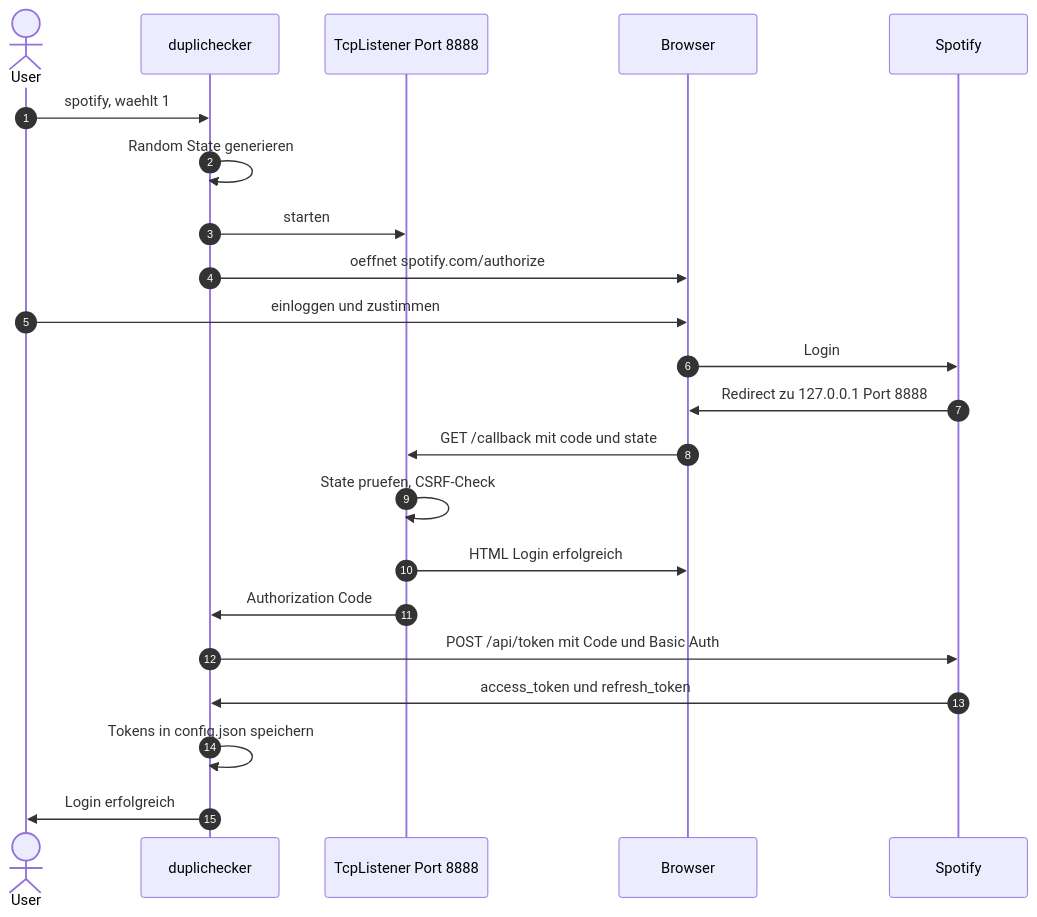
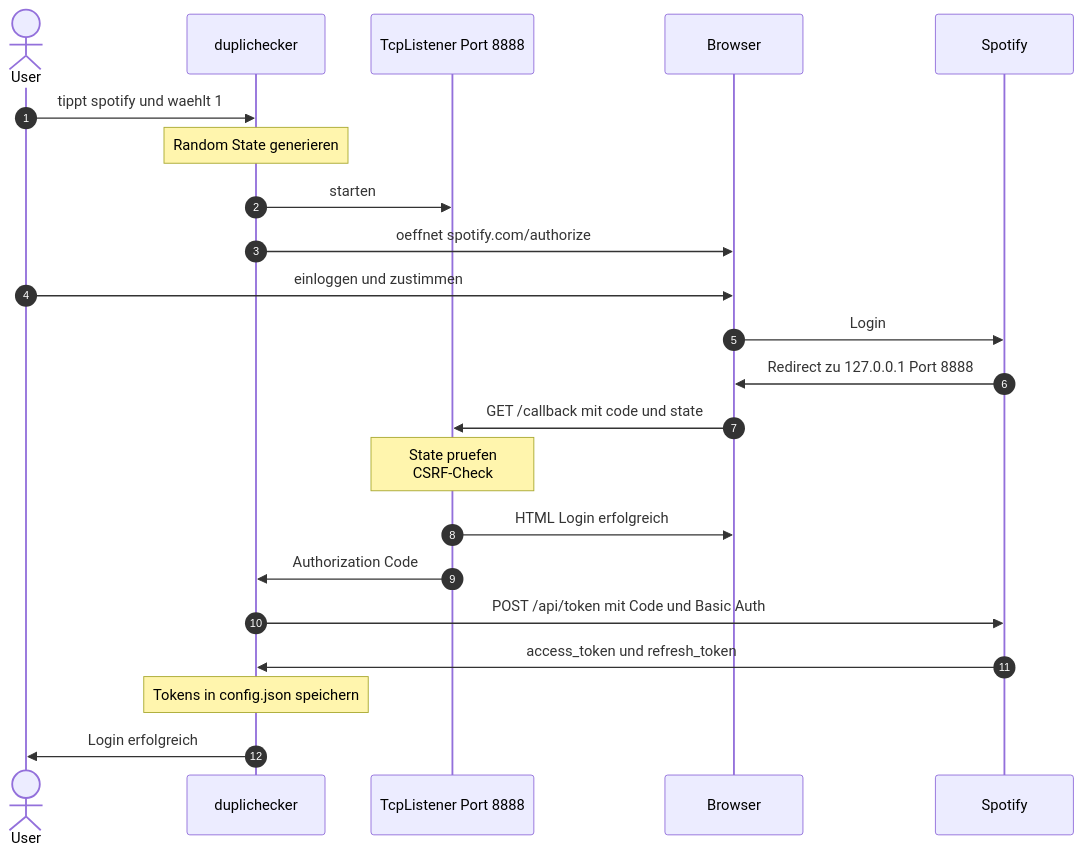
Before and after one commit to leandrosab/spotify-dup: the fourth of 6 diagrams in anhang/flowchart.md, drawn with Mermaid.

Commit message:
Flowchart V.5

````diff
--- a/anhang/flowchart.md
+++ b/anhang/flowchart.md
@@ -89,25 +89,25 @@
 ```mermaid
 sequenceDiagram
     autonumber
     actor User
     participant CLI as duplichecker
     participant Listener as TcpListener Port 8888
     participant Browser
     participant Spotify
 
-    User->>CLI: spotify, waehlt 1
-    CLI->>CLI: Random State generieren
+    User->>CLI: tippt spotify und waehlt 1
+    Note over CLI: Random State generieren
     CLI->>Listener: starten
     CLI->>Browser: oeffnet spotify.com/authorize
     User->>Browser: einloggen und zustimmen
     Browser->>Spotify: Login
     Spotify->>Browser: Redirect zu 127.0.0.1 Port 8888
     Browser->>Listener: GET /callback mit code und state
-    Listener->>Listener: State pruefen, CSRF-Check
+    Note over Listener: State pruefen<br/>CSRF-Check
     Listener->>Browser: HTML Login erfolgreich
     Listener->>CLI: Authorization Code
     CLI->>Spotify: POST /api/token mit Code und Basic Auth
     Spotify->>CLI: access_token und refresh_token
-    CLI->>CLI: Tokens in config.json speichern
+    Note over CLI: Tokens in config.json speichern
     CLI->>User: Login erfolgreich
 ```
````
